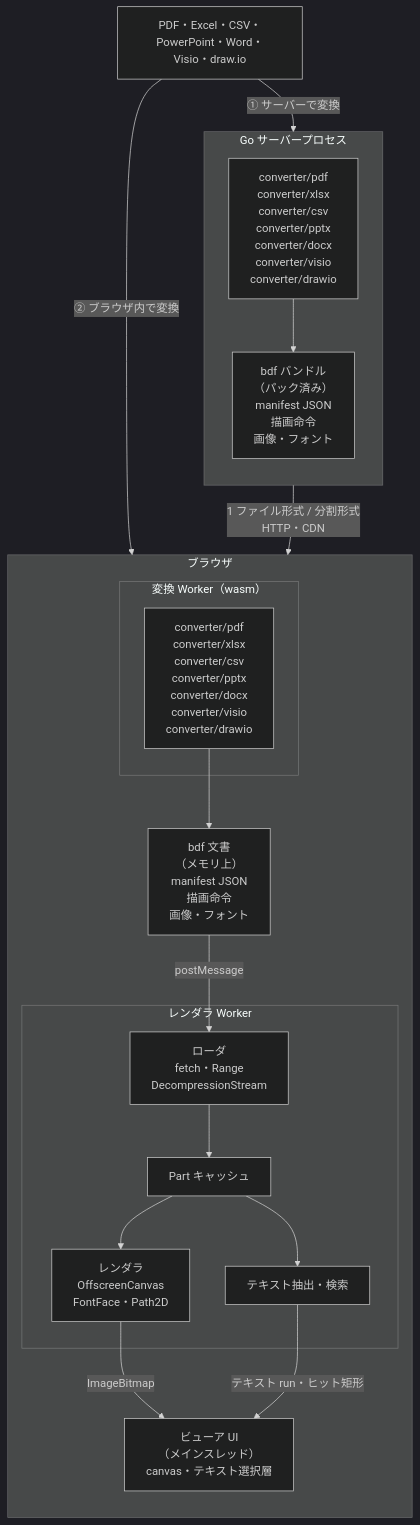
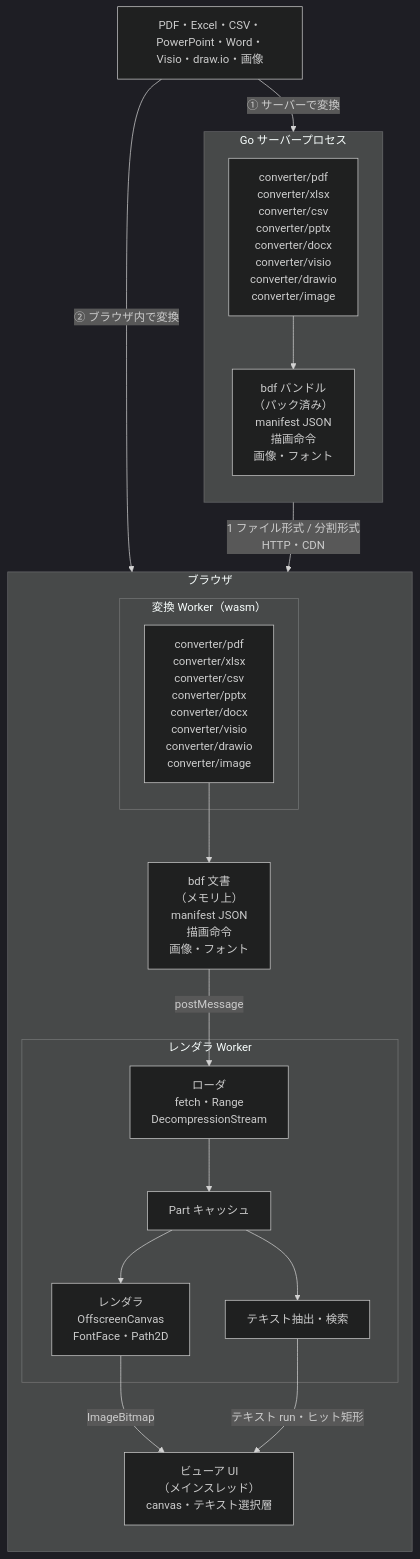
The diagram in README.ja.md (shibukawa/bdf), drawn with Mermaid (dark theme) before and after one commit. The commit also changed other lines of this file and 63 other files, not shown here.

First line of the commit message:
Image converter: browser-displayable images pass through, with their metadata as Dublin Core

````diff
--- a/README.ja.md
+++ b/README.ja.md
@@ -13,37 +13,37 @@
 ```mermaid
 flowchart TB
-    SRC["PDF・Excel・CSV・PowerPoint・Word・Visio・draw.io"]
+    SRC["PDF・Excel・CSV・PowerPoint・Word・Visio・draw.io・画像"]
 
     subgraph SERVER["Go サーバープロセス"]
         direction TB
-        SCONV["converter/pdf<br/>converter/xlsx<br/>converter/csv<br/>converter/pptx<br/>converter/docx<br/>converter/visio<br/>converter/drawio"]
+        SCONV["converter/pdf<br/>converter/xlsx<br/>converter/csv<br/>converter/pptx<br/>converter/docx<br/>converter/visio<br/>converter/drawio<br/>converter/image"]
         BUNDLE["bdf バンドル<br/>（パック済み）<br/>manifest JSON<br/>描画命令<br/>画像・フォント"]
         SCONV --> BUNDLE
     end
 
     subgraph BROWSER["ブラウザ"]
         direction TB
         subgraph CWORKER["変換 Worker（wasm）"]
-            WCONV["converter/pdf<br/>converter/xlsx<br/>converter/csv<br/>converter/pptx<br/>converter/docx<br/>converter/visio<br/>converter/drawio"]
+            WCONV["converter/pdf<br/>converter/xlsx<br/>converter/csv<br/>converter/pptx<br/>converter/docx<br/>converter/visio<br/>converter/drawio<br/>converter/image"]
         end
         PARTS["bdf 文書<br/>（メモリ上）<br/>manifest JSON<br/>描画命令<br/>画像・フォント"]
         subgraph RWORKER["レンダラ Worker"]
             LOADER["ローダ<br/>fetch・Range<br/>DecompressionStream"]
             STORE["Part キャッシュ"]
             RENDER["レンダラ<br/>OffscreenCanvas<br/>FontFace・Path2D"]
             TEXT["テキスト抽出・検索"]
             LOADER --> STORE
             STORE --> RENDER
             STORE --> TEXT
         end
         UI["ビューア UI<br/>（メインスレッド）<br/>canvas・テキスト選択層"]
         WCONV --> PARTS
     end
 
     SRC -- "① サーバーで変換" --> SCONV
     SRC -- "② ブラウザ内で変換" --> WCONV
     BUNDLE -- "1 ファイル形式 / 分割形式<br/>HTTP・CDN" --> LOADER
     PARTS -- "postMessage" --> LOADER
     RENDER -- "ImageBitmap" --> UI
     TEXT -- "テキスト run・ヒット矩形" --> UI
 ```
````
